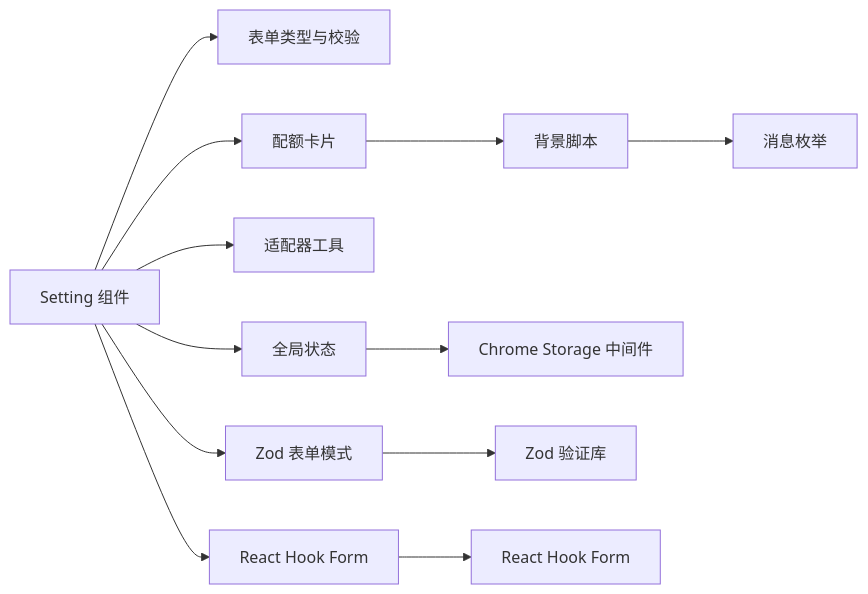
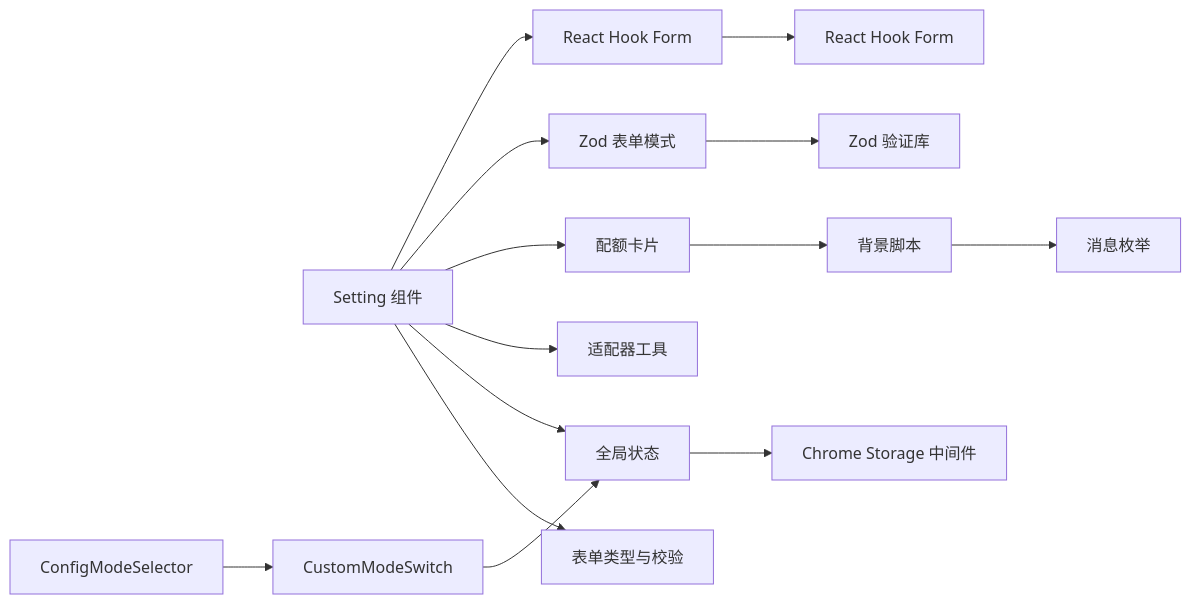
The eighth of 8 diagrams in .qoder/repowiki/zh/content/核心功能模块/配置管理系统.md (RadiumAg/bilibili-favorites), drawn with Mermaid before and after one commit. The commit also changed other lines of this file and 5 other files, not shown here.

````diff
--- a/.qoder/repowiki/zh/content/核心功能模块/配置管理系统.md
+++ b/.qoder/repowiki/zh/content/核心功能模块/配置管理系统.md
@@ -323,14 +369,16 @@
 ```mermaid
 graph LR
 Setting["Setting 组件"] --> Types["表单类型与校验"]
 Setting --> Store["全局状态"]
 Setting --> Util["适配器工具"]
 Setting --> Quota["配额卡片"]
 Setting --> FormSchema["Zod 表单模式"]
 Setting --> FormProvider["React Hook Form"]
+ConfigMode["ConfigModeSelector"] --> CustomModeSwitch["CustomModeSwitch"]
+CustomModeSwitch --> Store
 Quota --> BG["背景脚本"]
 BG --> Msg["消息枚举"]
 Store --> MW["Chrome Storage 中间件"]
 FormSchema --> Zod["Zod 验证库"]
 FormProvider --> ReactHookForm["React Hook Form"]
 ```
````
